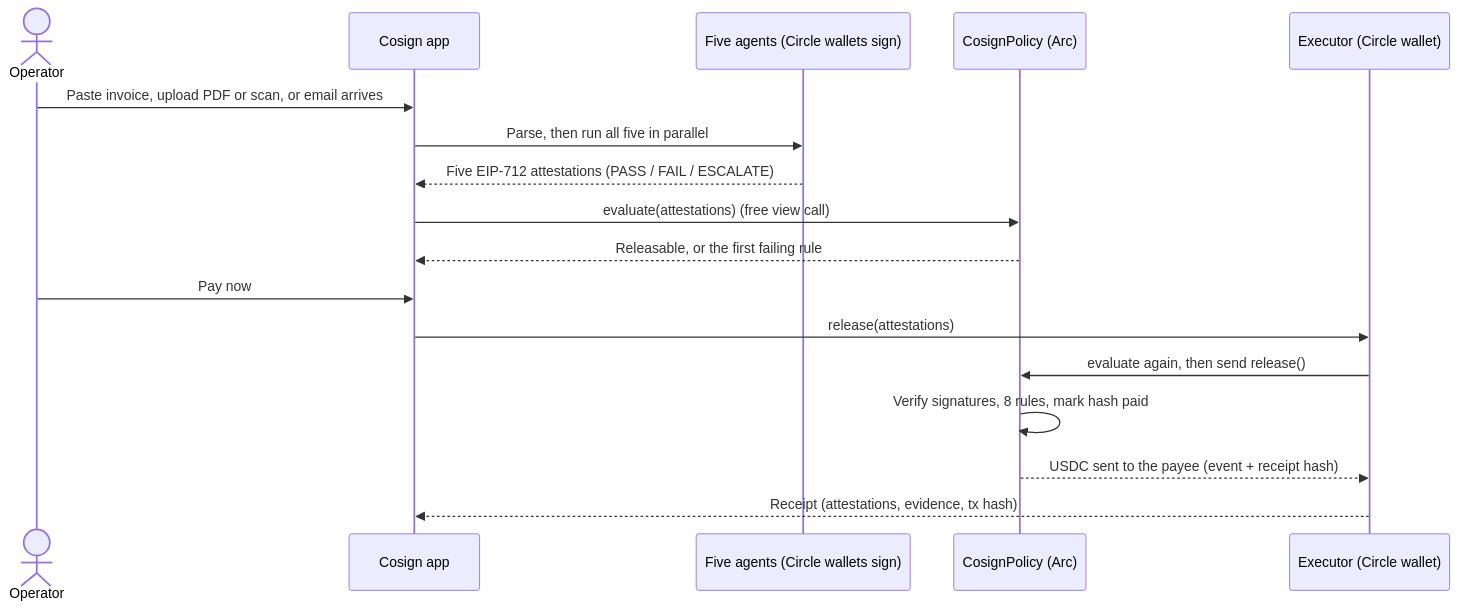
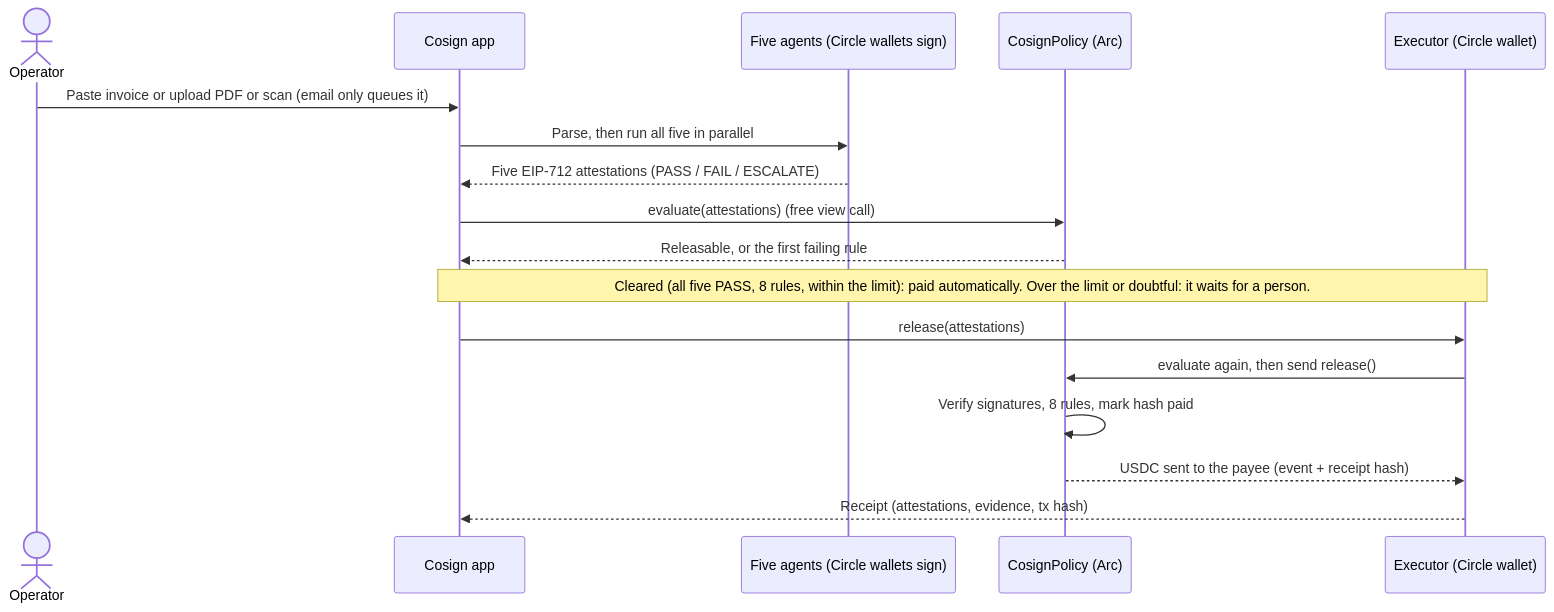
The first of 2 diagrams in README.md (Rohitamalraj/Cosign), drawn with Mermaid before and after one commit. The commit also changed other lines of this file and 8 other files, not shown here.

First line of the commit message:
Pay cleared invoices automatically; people only handle over-limit and held ones

````diff
--- a/README.md
+++ b/README.md
@@ -165,20 +165,20 @@
 ```mermaid
 sequenceDiagram
     actor Operator
     participant App as Cosign app
     participant Agents as Five agents (Circle wallets sign)
     participant Policy as CosignPolicy (Arc)
     participant Exec as Executor (Circle wallet)
 
-    Operator->>App: Paste invoice, upload PDF or scan, or email arrives
+    Operator->>App: Paste invoice or upload PDF or scan (email only queues it)
     App->>Agents: Parse, then run all five in parallel
     Agents-->>App: Five EIP-712 attestations (PASS / FAIL / ESCALATE)
     App->>Policy: evaluate(attestations) (free view call)
     Policy-->>App: Releasable, or the first failing rule
-    Operator->>App: Pay now
+    Note over App,Exec: Cleared (all five PASS, 8 rules, within the limit): paid automatically. Over the limit or doubtful: it waits for a person.
     App->>Exec: release(attestations)
     Exec->>Policy: evaluate again, then send release()
     Policy->>Policy: Verify signatures, 8 rules, mark hash paid
     Policy-->>Exec: USDC sent to the payee (event + receipt hash)
     Exec-->>App: Receipt (attestations, evidence, tx hash)
 ```
````
